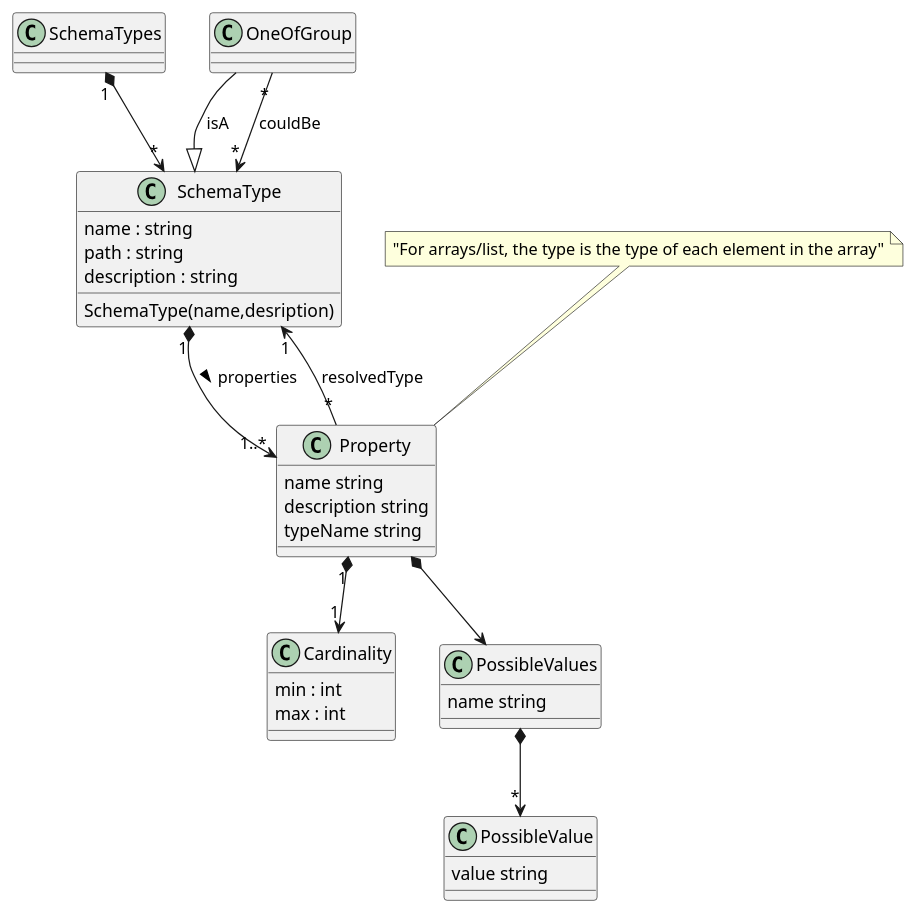
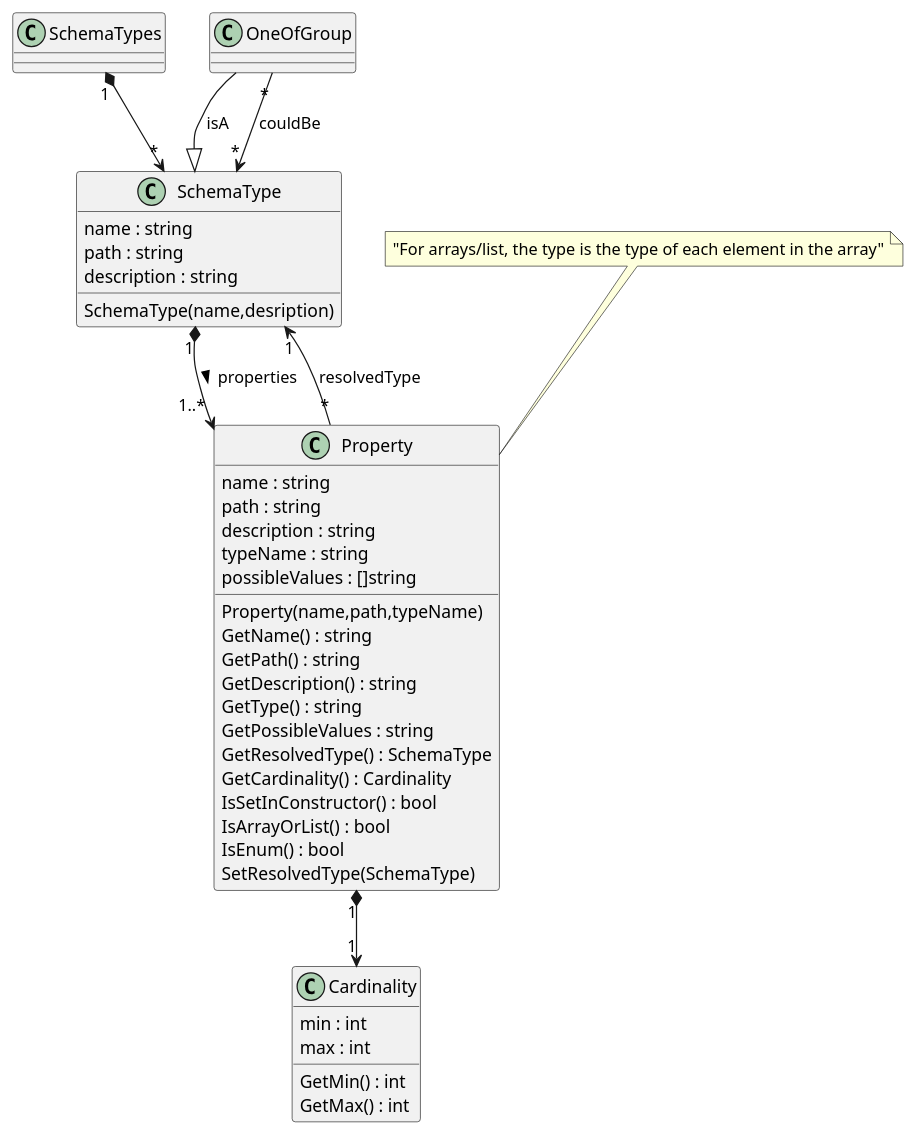
One commit to techcobweb/openapi2beans changed the diagram in uml/schema-types.plantuml. Above: the diagram before and after it, drawn with PlantUML. The commit also changed 10 other files, not shown here.

Commit message:
edited schema-types uml with methods & got v1 almost working

```diff
--- a/uml/schema-types.plantuml
+++ b/uml/schema-types.plantuml
@@ -1,53 +1,61 @@
 @startuml "schema-types"
 
 class SchemaTypes {
 } 
 
 SchemaTypes "1" *--> "*" SchemaType
 
 class SchemaType {
     {field} name : string
     {field} path : string
     {field} description : string
 
     {method} SchemaType(name,desription)
 }
 
 
 class Property {
-    {field} name string 
-    {field} description string 
-    {field} typeName string
+    {field} name : string
+    {field} path : string
+    {field} description : string
+    {field} typeName : string
+    {field} possibleValues : []string
+
+    {method} Property(name,path,typeName)
+    {method} GetName() : string
+    {method} GetPath() : string
+    {method} GetDescription() : string
+    {method} GetType() : string
+    {method} GetPossibleValues : string
+    {method} GetResolvedType() : SchemaType
+    {method} GetCardinality() : Cardinality
+    {method} IsSetInConstructor() : bool
+    {method} IsArrayOrList() : bool
+    {method} IsEnum() : bool
+    {method} SetResolvedType(SchemaType)
 }
 
 note top of Property : "For arrays/list, the type is the type of each element in the array"
 
 
 Property "*" --> "1" SchemaType : resolvedType 
 
 Property "1" *--> "1" Cardinality
 
 class Cardinality {
     {field} min : int
     {field} max : int
+
+    {method} GetMin() : int
+    {method} GetMax() : int
 }
-
-class PossibleValues {
-    {field} name string
-}
-
-class PossibleValue {
-    {field} value string
-}
-PossibleValues *--> "*" PossibleValue
-Property *--> PossibleValues
 
 class OneOfGroup {
 }
 OneOfGroup --|> SchemaType : isA
 OneOfGroup "*" --> "*" SchemaType : couldBe
 
 SchemaType "1" *--> "1..*" Property : properties >
 
 
 @enduml
```
